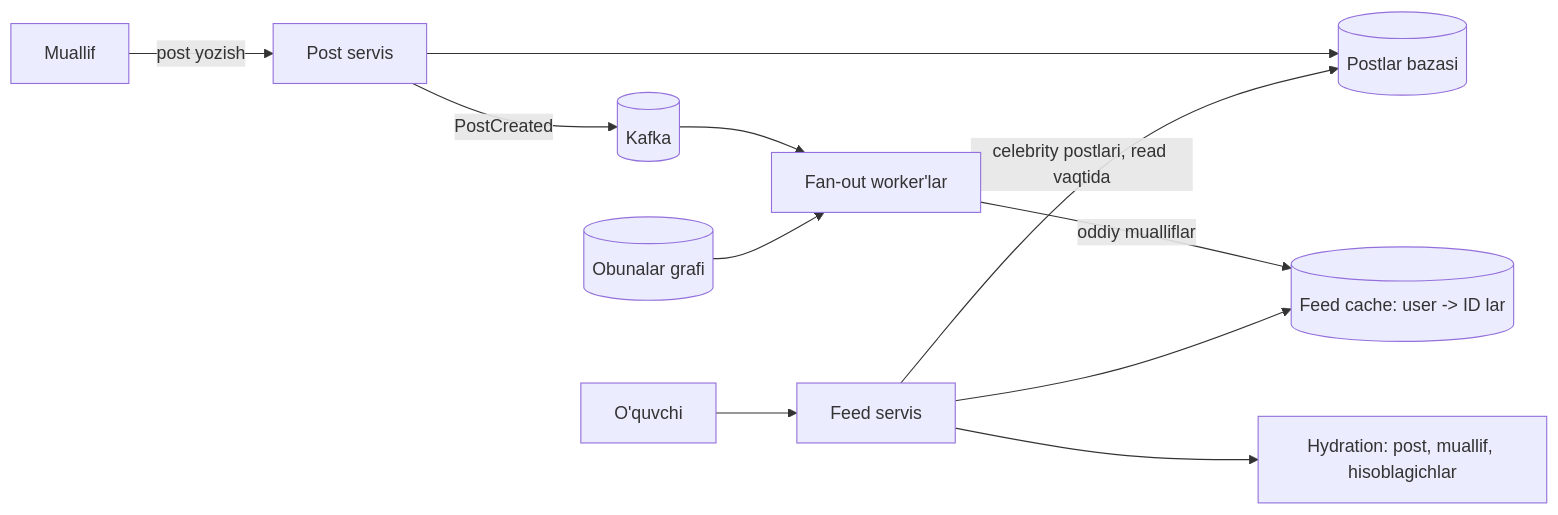
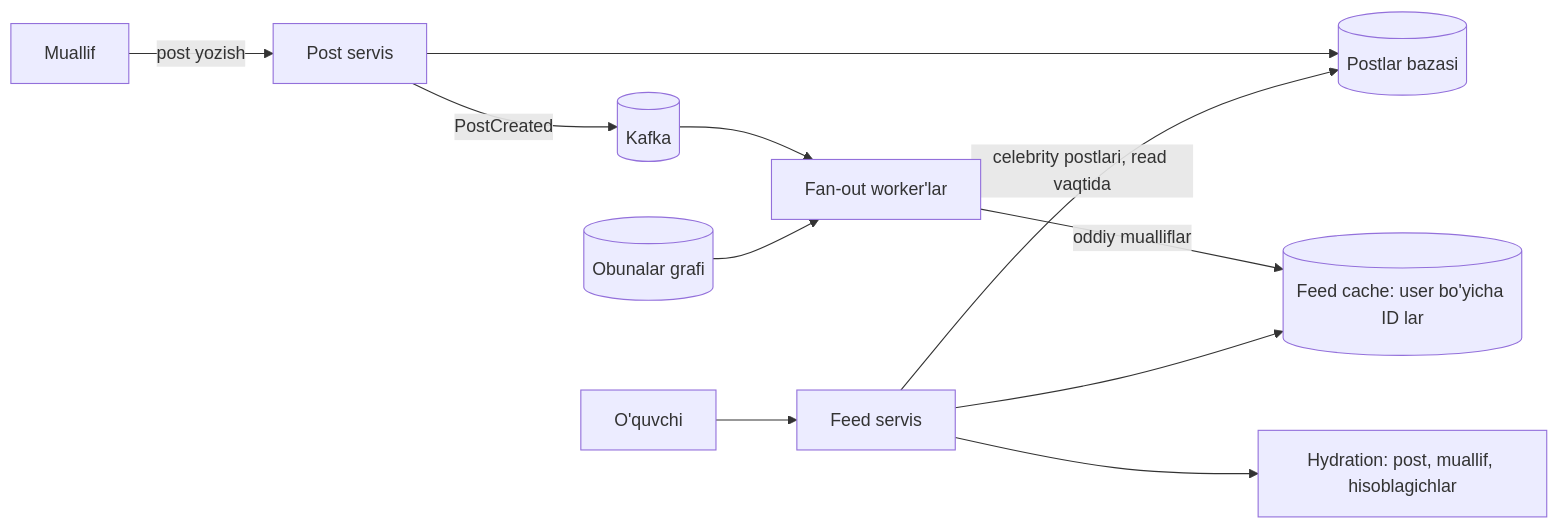
The diagram in content/lessons/087.md (khabibkhanov/systen-design), drawn with Mermaid before and after one commit. The commit also changed other lines of this file and 17 other files, not shown here.

````diff
--- a/content/lessons/087.md
+++ b/content/lessons/087.md
@@ -51,13 +51,13 @@
 ```mermaid
 flowchart LR
   U["Muallif"] -->|"post yozish"| PS["Post servis"]
   PS --> PDB[("Postlar bazasi")]
   PS -->|"PostCreated"| K[("Kafka")]
   K --> FW["Fan-out worker'lar"]
   G[("Obunalar grafi")] --> FW
-  FW -->|"oddiy mualliflar"| FC[("Feed cache: user -> ID lar")]
+  FW -->|"oddiy mualliflar"| FC[("Feed cache: user bo'yicha ID lar")]
   R["O'quvchi"] --> FS["Feed servis"]
   FS --> FC
   FS -->|"celebrity postlari, read vaqtida"| PDB
   FS --> H["Hydration: post, muallif, hisoblagichlar"]
 ```
````
